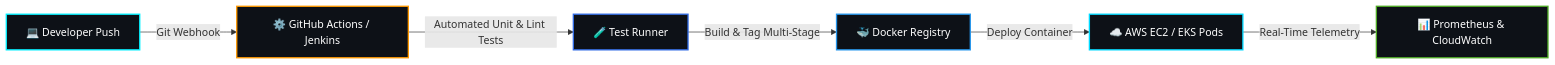
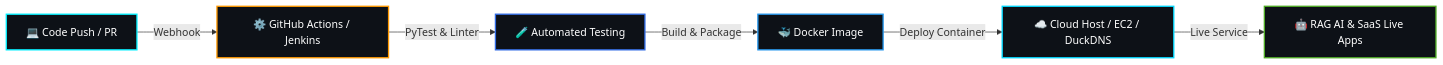
Before and after one commit to mauryashivi199-ui/mauryashivi199-ui: the diagram in README.md, drawn with Mermaid. The commit also changed other lines of this file, not shown here.

Commit message:
🤖 Add Featured RAG AI Chat System with Live Demo Link & Visual Project Cards

````diff
--- a/README.md
+++ b/README.md
@@ -105,15 +211,15 @@
 ```mermaid
 graph LR
-    A[💻 Developer Push] -->|Git Webhook| B[⚙️ GitHub Actions / Jenkins]
-    B -->|Automated Unit & Lint Tests| C[🧪 Test Runner]
-    C -->|Build & Tag Multi-Stage| D[🐳 Docker Registry]
-    D -->|Deploy Container| E[☁️ AWS EC2 / EKS Pods]
-    E -->|Real-Time Telemetry| F[📊 Prometheus & CloudWatch]
+    A[💻 Code Push / PR] -->|Webhook| B[⚙️ GitHub Actions / Jenkins]
+    B -->|PyTest & Linter| C[🧪 Automated Testing]
+    C -->|Build & Package| D[🐳 Docker Image]
+    D -->|Deploy Container| E[☁️ Cloud Host / EC2 / DuckDNS]
+    E -->|Live Service| F[🤖 RAG AI & SaaS Live Apps]
     
     style A fill:#0d1117,stroke:#00F0FF,stroke-width:2px,color:#fff
     style B fill:#0d1117,stroke:#FF9900,stroke-width:2px,color:#fff
     style C fill:#0d1117,stroke:#326CE5,stroke-width:2px,color:#fff
     style D fill:#0d1117,stroke:#2496ED,stroke-width:2px,color:#fff
     style E fill:#0d1117,stroke:#00D9FF,stroke-width:2px,color:#fff
     style F fill:#0d1117,stroke:#4EAA25,stroke-width:2px,color:#fff
 ```
````
